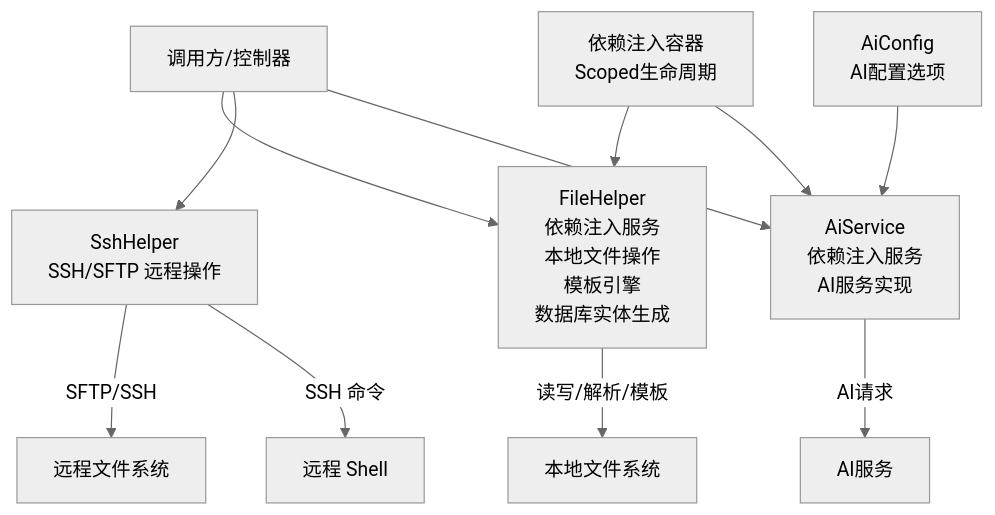
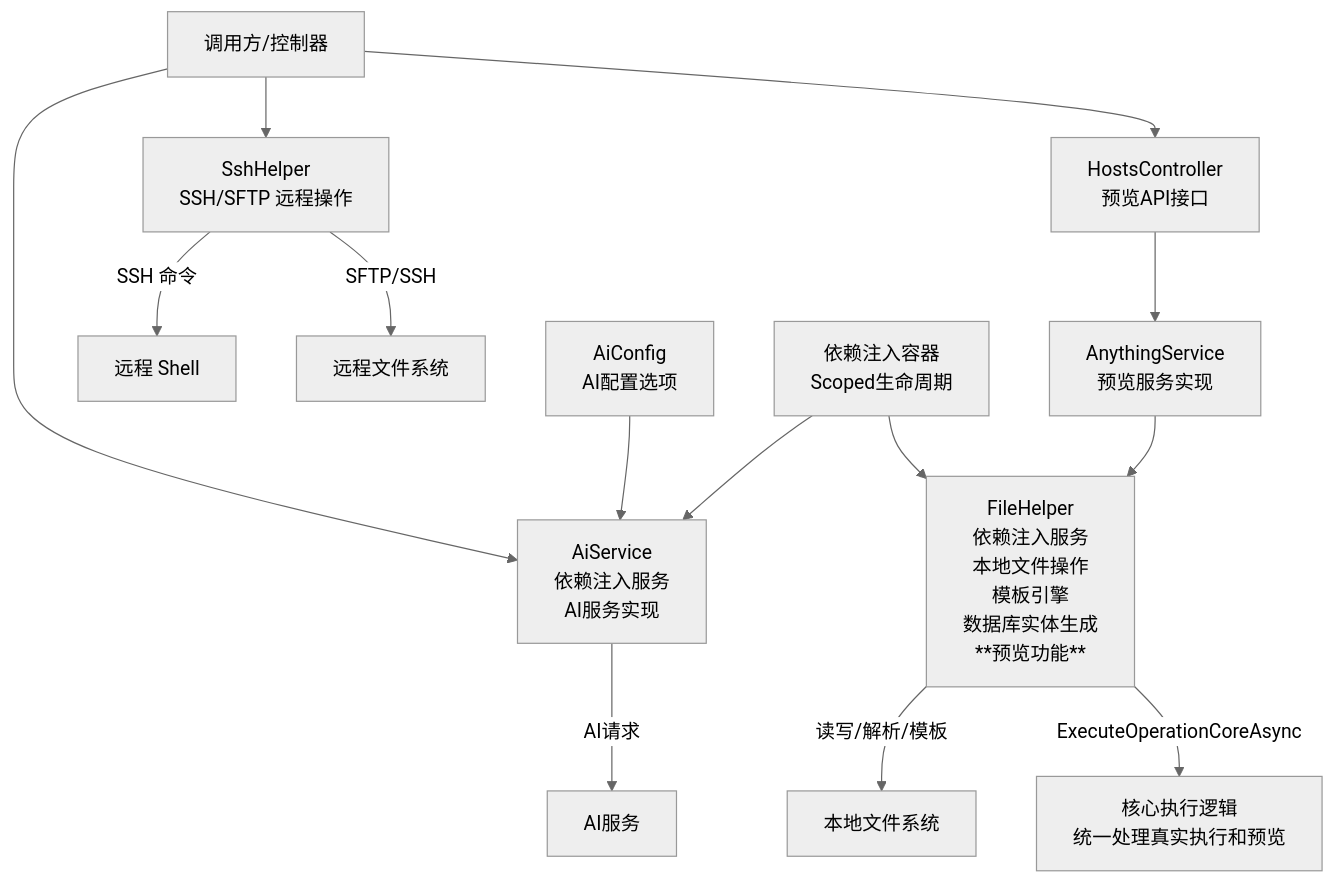
One commit to Sosososolong/AirGo changed the second of 8 diagrams in .qoder/repowiki/zh/content/工具库详解/文件操作工具.md. Above: the diagram before and after it, drawn with Mermaid (neutral theme). The commit also changed other lines of this file and 12 other files, not shown here.

````diff
--- a/.qoder/repowiki/zh/content/工具库详解/文件操作工具.md
+++ b/.qoder/repowiki/zh/content/工具库详解/文件操作工具.md
@@ -114,13 +130,16 @@
 ```mermaid
 graph TB
-Client["调用方/控制器"] --> FH["FileHelper<br/>依赖注入服务<br/>本地文件操作<br/>模板引擎<br/>数据库实体生成"]
+Client["调用方/控制器"] --> HC["HostsController<br/>预览API接口"]
 Client --> SH["SshHelper<br/>SSH/SFTP 远程操作"]
 Client --> AS["AiService<br/>依赖注入服务<br/>AI服务实现"]
+HC --> ASVC["AnythingService<br/>预览服务实现"]
+ASVC --> FH["FileHelper<br/>依赖注入服务<br/>本地文件操作<br/>模板引擎<br/>数据库实体生成<br/>**预览功能**"]
+FH --> |ExecuteOperationCoreAsync| Core["核心执行逻辑<br/>统一处理真实执行和预览"]
 FH --> |读写/解析/模板| LocalFS["本地文件系统"]
 SH --> |SFTP/SSH| RemoteFS["远程文件系统"]
 SH --> |SSH 命令| RemoteShell["远程 Shell"]
 AS --> |AI请求| AIServer["AI服务"]
 AC["AiConfig<br/>AI配置选项"] --> AS
 DI["依赖注入容器<br/>Scoped生命周期"] --> FH
 DI --> AS
 ```
````
